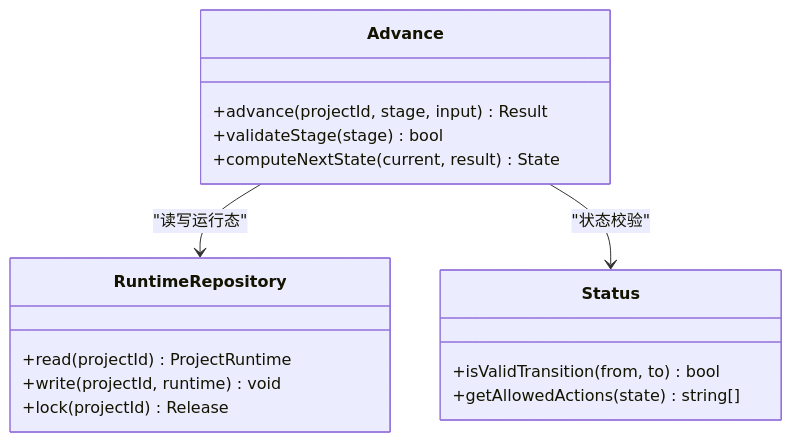
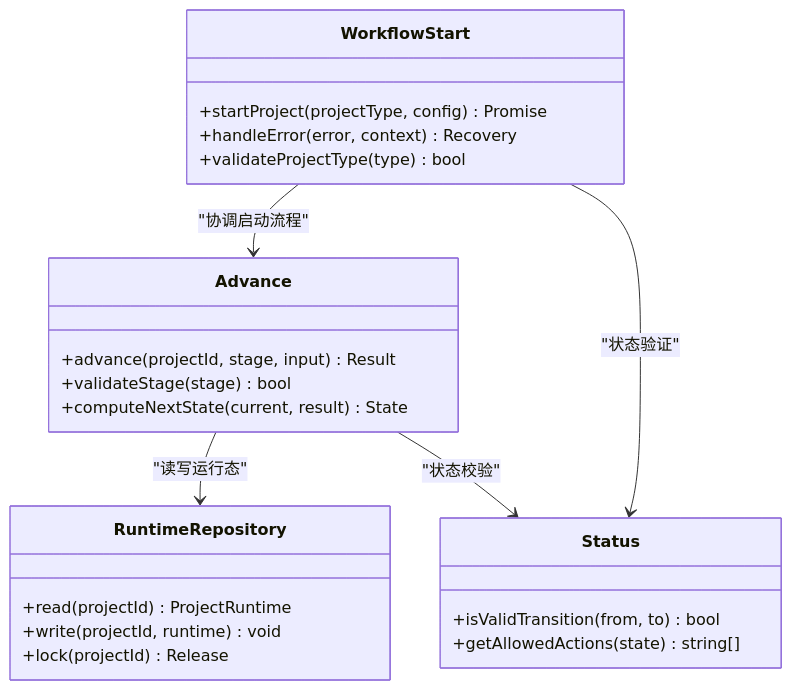
One commit to scottcwy/PurpleInk changed the sixth of 8 diagrams in .qoder/repowiki/zh/content/项目管理/项目生命周期管理.md. Above: the diagram before and after it, drawn with Mermaid. The commit also changed other lines of this file and 29 other files, not shown here.

````diff
--- a/.qoder/repowiki/zh/content/项目管理/项目生命周期管理.md
+++ b/.qoder/repowiki/zh/content/项目管理/项目生命周期管理.md
@@ -275,19 +291,26 @@
 ```mermaid
 classDiagram
 class Advance {
 +advance(projectId, stage, input) Result
 +validateStage(stage) bool
 +computeNextState(current, result) State
 }
 class RuntimeRepository {
 +read(projectId) ProjectRuntime
 +write(projectId, runtime) void
 +lock(projectId) Release
 }
 class Status {
 +isValidTransition(from, to) bool
 +getAllowedActions(state) string[]
 }
+class WorkflowStart {
++startProject(projectType, config) Promise
++handleError(error, context) Recovery
++validateProjectType(type) bool
+}
 Advance --> RuntimeRepository : "读写运行态"
 Advance --> Status : "状态校验"
+WorkflowStart --> Advance : "协调启动流程"
+WorkflowStart --> Status : "状态验证"
 ```
````
